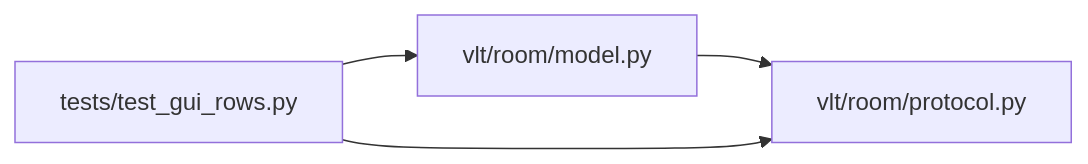
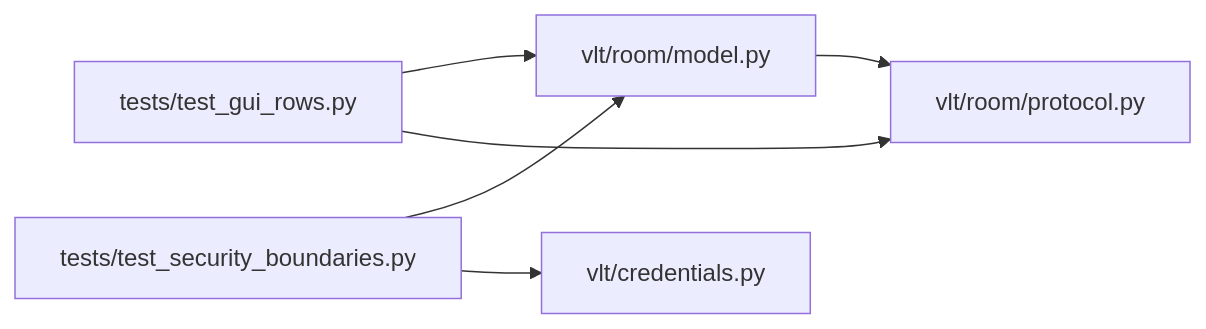
Before and after one commit to EMeowAGENT/vrchat-livetranslate: the sixth of 6 diagrams in .qoder/repowiki/zh/content/房间协作功能/房间数据模型.md, drawn with Mermaid. The commit also changed other lines of this file and 75 other files, not shown here.

````diff
--- a/.qoder/repowiki/zh/content/房间协作功能/房间数据模型.md
+++ b/.qoder/repowiki/zh/content/房间协作功能/房间数据模型.md
@@ -339,6 +422,8 @@
 ```mermaid
 graph LR
 Model["vlt/room/model.py"] --> Protocol["vlt/room/protocol.py"]
 Test["tests/test_gui_rows.py"] --> Model
 Test --> Protocol
+Security["tests/test_security_boundaries.py"] --> Model
+Security --> Credentials["vlt/credentials.py"]
 ```
````
